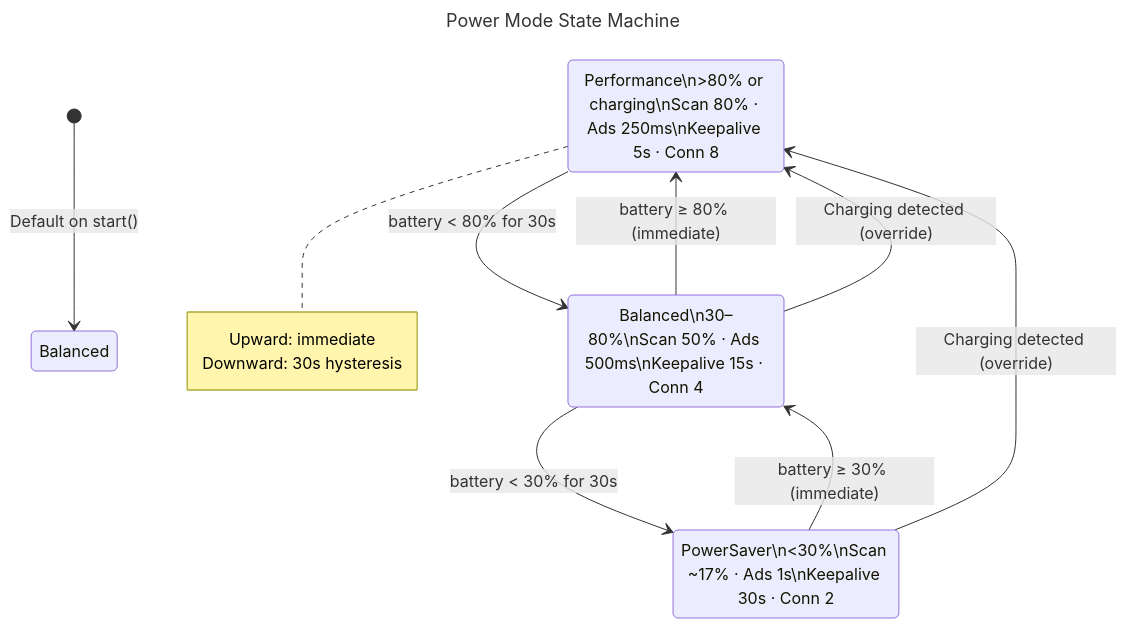
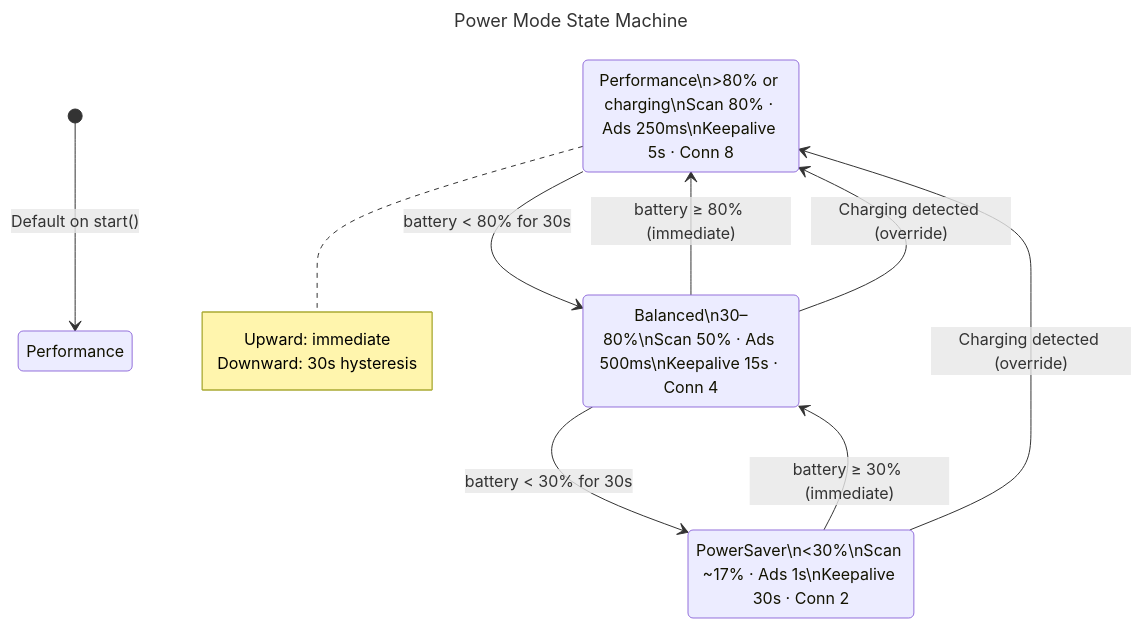
Before and after one commit to trancee/MeshLink: the ninth of 14 diagrams in docs/diagrams.md, drawn with Mermaid. The commit also changed 9 other files, not shown here.

````diff
--- a/docs/diagrams.md
+++ b/docs/diagrams.md
@@ -306,24 +306,24 @@
 ```mermaid
 ---
 title: Power Mode State Machine
 ---
 stateDiagram-v2
-    [*] --> Balanced : Default on start()
+    [*] --> Performance : Default on start()
 
     state "Performance\n>80% or charging\nScan 80% · Ads 250ms\nKeepalive 5s · Conn 8" as Perf
     state "Balanced\n30–80%\nScan 50% · Ads 500ms\nKeepalive 15s · Conn 4" as Bal
     state "PowerSaver\n<30%\nScan ~17% · Ads 1s\nKeepalive 30s · Conn 2" as PS
 
     Bal --> Perf : battery ≥ 80% (immediate)
     Perf --> Bal : battery < 80% for 30s
     Bal --> PS : battery < 30% for 30s
     PS --> Bal : battery ≥ 30% (immediate)
 
     PS --> Perf : Charging detected (override)
     Bal --> Perf : Charging detected (override)
 
     note right of Perf
         Upward: immediate
         Downward: 30s hysteresis
     end note
 ```
````
